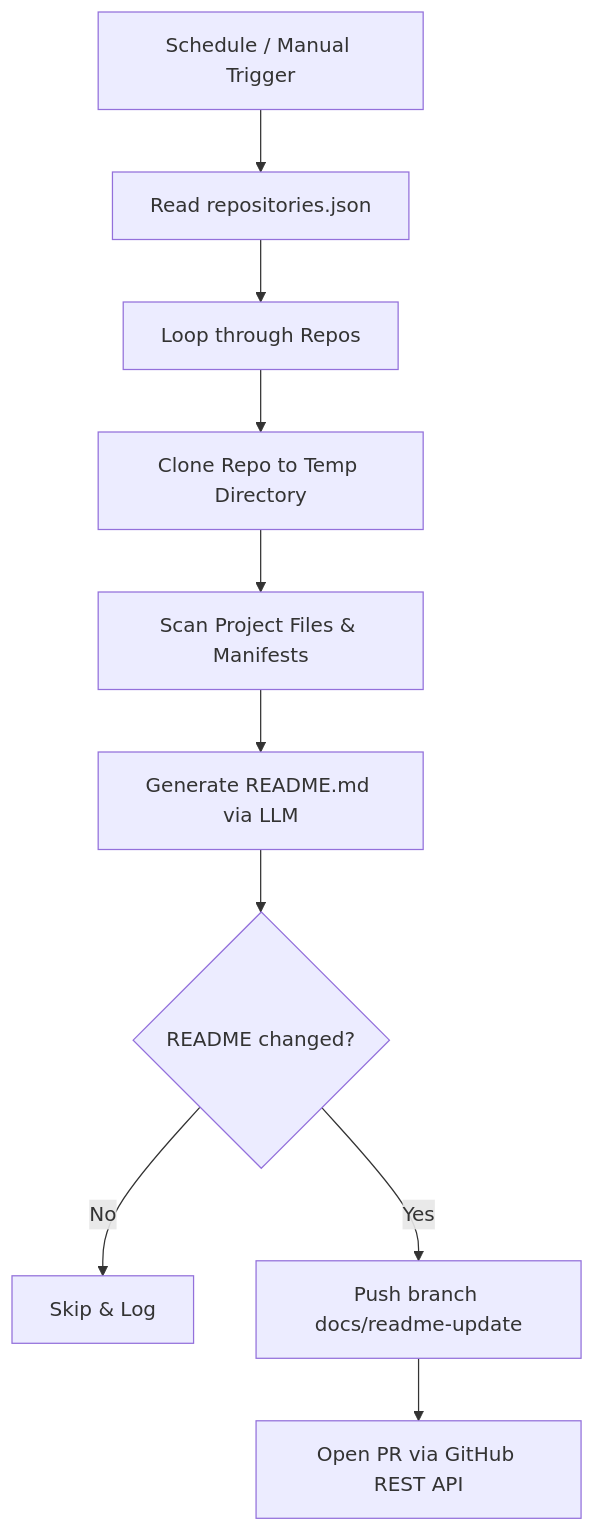
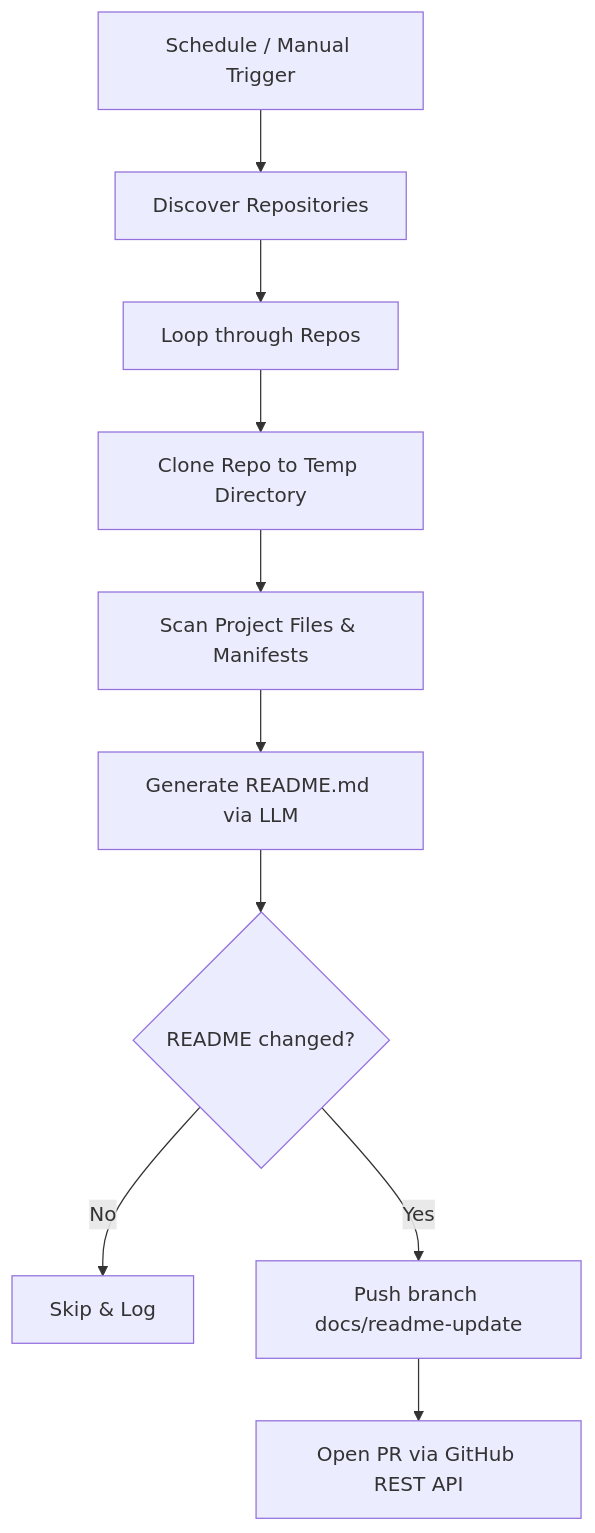
One commit to fawaztanigbola/README-GENERATOR changed the diagram in README.md. Above: the diagram before and after it, drawn with Mermaid. The commit also changed other lines of this file and 4 other files, not shown here.

````diff
--- a/README.md
+++ b/README.md
@@ -9,12 +9,12 @@
 ```mermaid
 graph TD
-    A[Schedule / Manual Trigger] --> B[Read repositories.json]
+    A[Schedule / Manual Trigger] --> B[Discover Repositories]
     B --> C[Loop through Repos]
     C --> D[Clone Repo to Temp Directory]
     D --> E[Scan Project Files & Manifests]
     E --> F[Generate README.md via LLM]
     F --> G{README changed?}
     G -- No --> H[Skip & Log]
     G -- Yes --> I[Push branch docs/readme-update]
     I --> J[Open PR via GitHub REST API]
 ```
````
